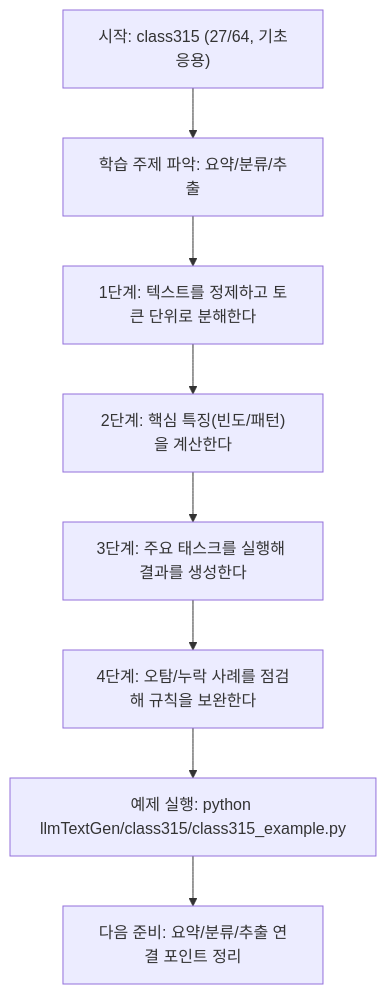
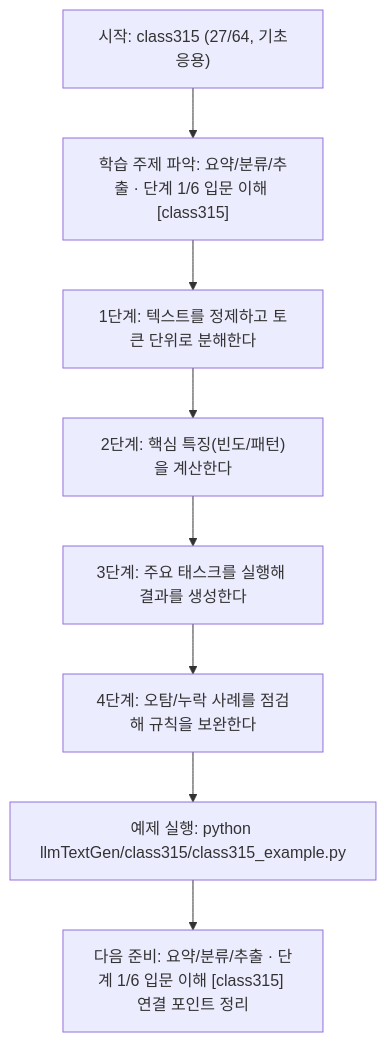
One commit to edumgt/Python-AI_Agent-Class changed the diagram in llmTextGen/class315/class315.md. Above: the diagram before and after it, drawn with Mermaid. The commit also changed other lines of this file and 522 other files, not shown here.

````diff
--- a/llmTextGen/class315/class315.md
+++ b/llmTextGen/class315/class315.md
@@ -113,18 +114,18 @@
 ```mermaid
 flowchart TD
 N1["시작: class315 (27/64, 기초응용)"]
-N2["학습 주제 파악: 요약/분류/추출"]
+N2["학습 주제 파악: 요약/분류/추출 · 단계 1/6 입문 이해 [class315]"]
 N3["1단계: 텍스트를 정제하고 토큰 단위로 분해한다"]
 N4["2단계: 핵심 특징(빈도/패턴)을 계산한다"]
 N5["3단계: 주요 태스크를 실행해 결과를 생성한다"]
 N6["4단계: 오탐/누락 사례를 점검해 규칙을 보완한다"]
 N7["예제 실행: python llmTextGen/class315/class315_example.py"]
-N8["다음 준비: 요약/분류/추출 연결 포인트 정리"]
+N8["다음 준비: 요약/분류/추출 · 단계 1/6 입문 이해 [class315] 연결 포인트 정리"]
 N1 --> N2
 N2 --> N3
 N3 --> N4
 N4 --> N5
 N5 --> N6
 N6 --> N7
 N7 --> N8
 ```
````
